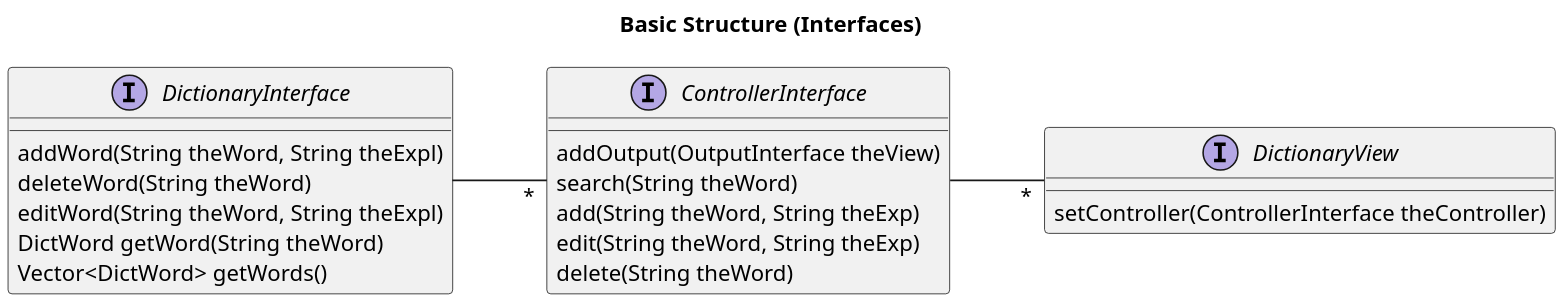
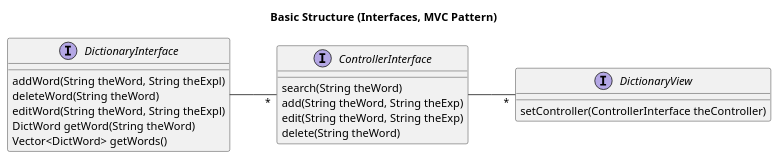
Before and after one commit to bth-dipt-teaching/PA1458-OO-Design: the fifth of 8 diagrams in Lectures/07_Design_to_Code.org, drawn with PlantUML. The commit also changed other lines of this file and 15 other files, not shown here.

```diff
--- a/Lectures/07_Design_to_Code.org
+++ b/Lectures/07_Design_to_Code.org
@@ -129,28 +131,28 @@
 #+BEGIN_SRC plantuml :file FDictionaryClass1.png
-scale 2
+'scale 2
 left to right direction
-title Basic Structure (Interfaces)
+title Basic Structure (Interfaces, MVC Pattern)
 interface DictionaryInterface
 DictionaryInterface : addWord(String theWord, String theExpl)
 DictionaryInterface : deleteWord(String theWord)
 DictionaryInterface : editWord(String theWord, String theExpl)
 DictionaryInterface : DictWord getWord(String theWord)
 DictionaryInterface : Vector<DictWord> getWords()
 
 interface DictionaryView
 DictionaryView : setController(ControllerInterface theController)
 
 interface ControllerInterface
-ControllerInterface : addOutput(OutputInterface theView)
+' ControllerInterface : addOutput(OutputInterface theView)
 ControllerInterface : search(String theWord)
 ControllerInterface : add(String theWord, String theExp)
 ControllerInterface : edit(String theWord, String theExp)
 ControllerInterface : delete(String theWord)
 
 ' ControllerInterface -- "*" OutputInterface
 ' interface OutputInterface
 ' OutputInterface : display(String theWord, String theExpl)
 
 DictionaryInterface -- "*" ControllerInterface
 ControllerInterface -- "*" DictionaryView
 #+END_SRC
```
